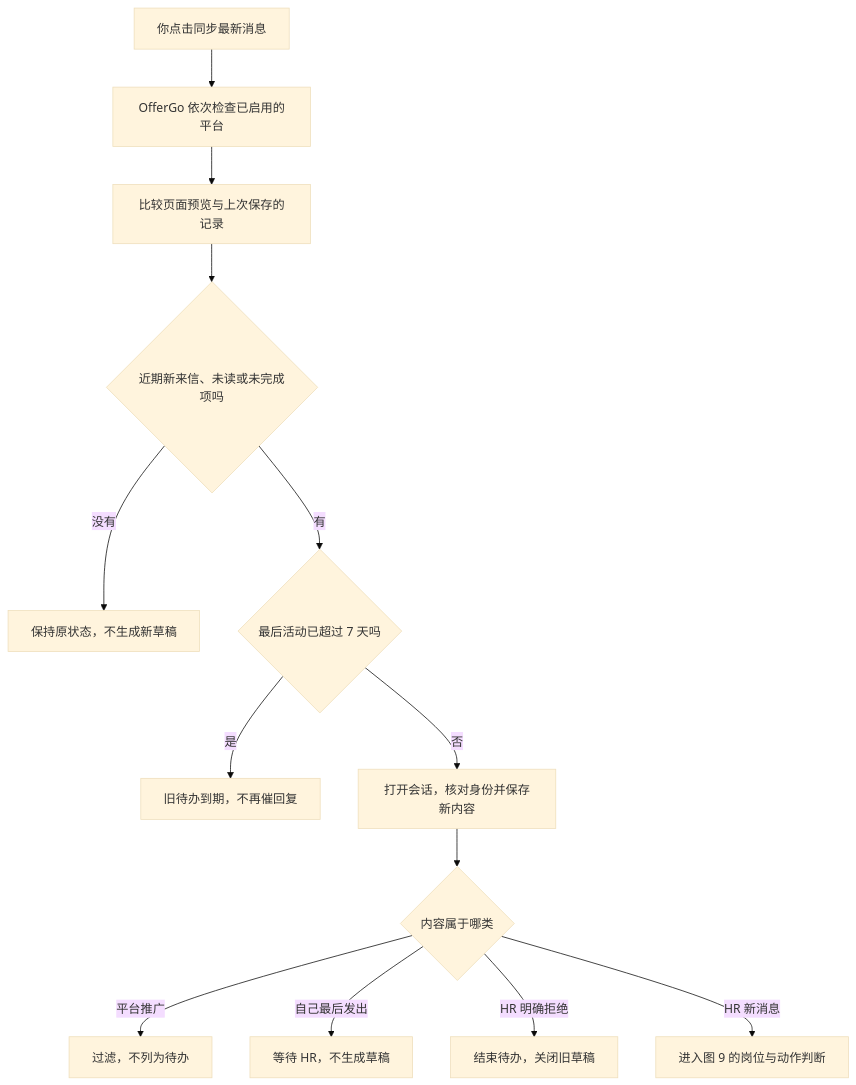
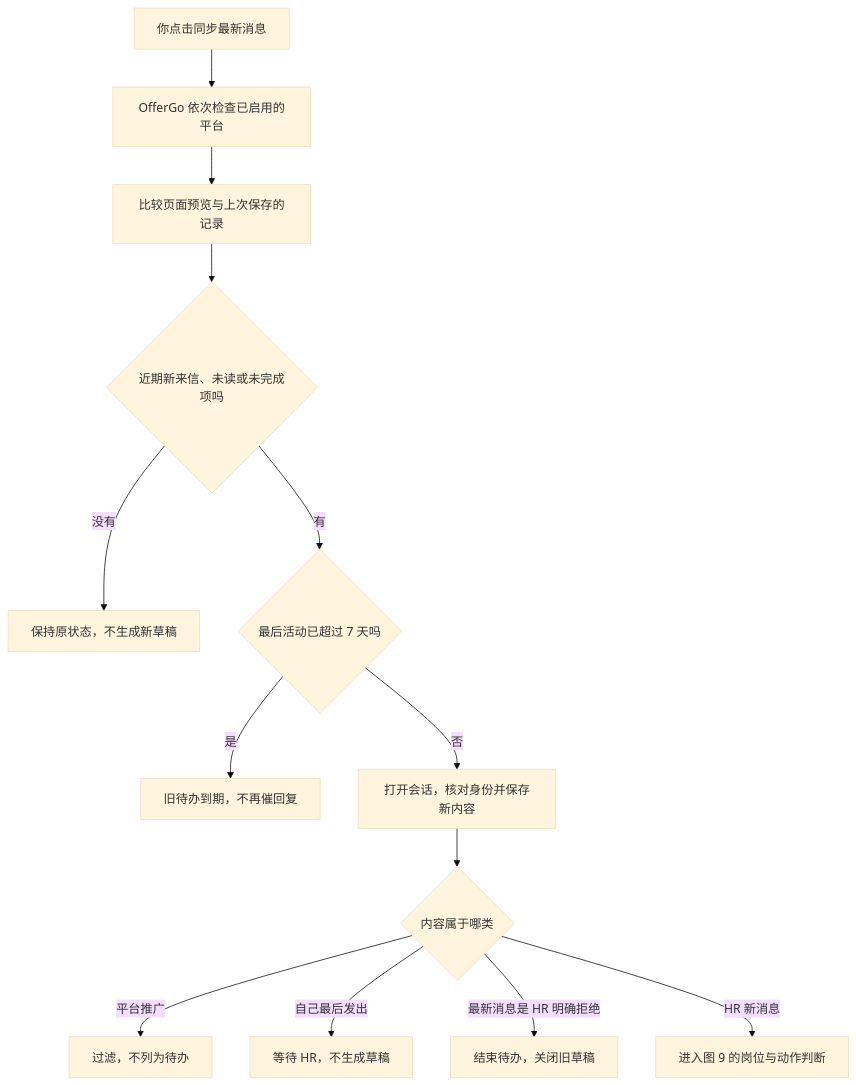
Before and after one commit to daydreamer0213/OfferGo: the tenth of 15 diagrams in docs/offergo-project-map.md, drawn with Mermaid (base theme). The commit also changed other lines of this file and 11 other files, not shown here.

````diff
--- a/docs/offergo-project-map.md
+++ b/docs/offergo-project-map.md
@@ -225,15 +225,15 @@
 ```mermaid
 flowchart TD
   A[你点击同步最新消息] --> B[OfferGo 依次检查已启用的平台]
   B --> C[比较页面预览与上次保存的记录]
   C --> D{近期新来信、未读或未完成项吗}
   D -- 没有 --> E[保持原状态，不生成新草稿]
   D -- 有 --> F{最后活动已超过 7 天吗}
   F -- 是 --> G[旧待办到期，不再催回复]
   F -- 否 --> H[打开会话，核对身份并保存新内容]
   H --> I{内容属于哪类}
   I -- 平台推广 --> J[过滤，不列为待办]
   I -- 自己最后发出 --> M[等待 HR，不生成草稿]
-  I -- HR 明确拒绝 --> K[结束待办，关闭旧草稿]
+  I -- 最新消息是 HR 明确拒绝 --> K[结束待办，关闭旧草稿]
   I -- HR 新消息 --> L[进入图 9 的岗位与动作判断]
 ```
````
